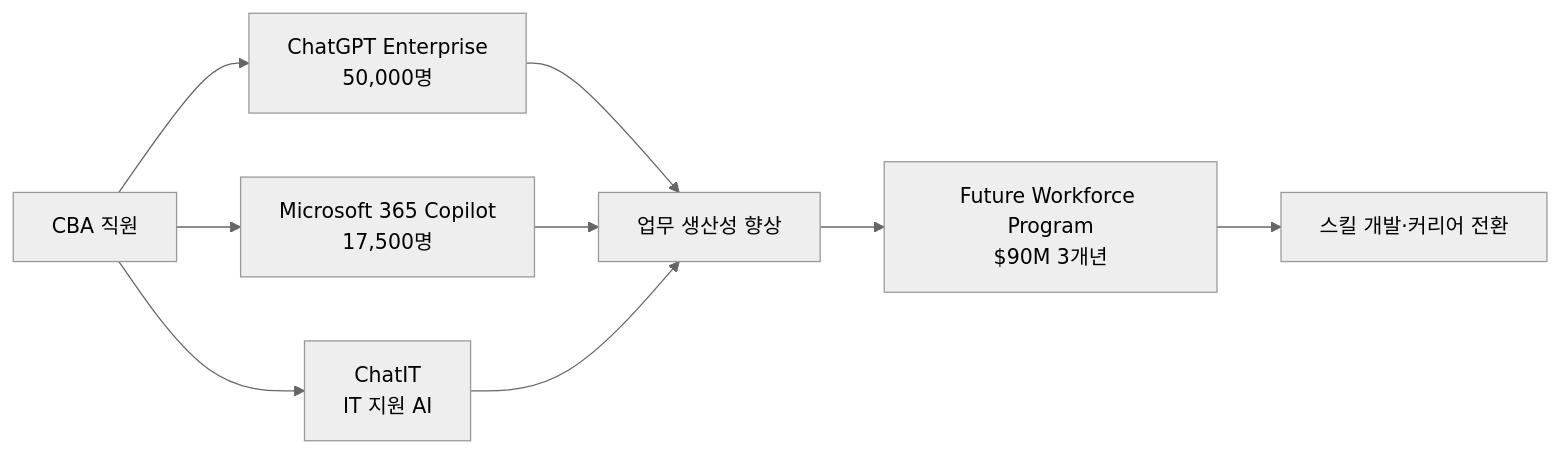
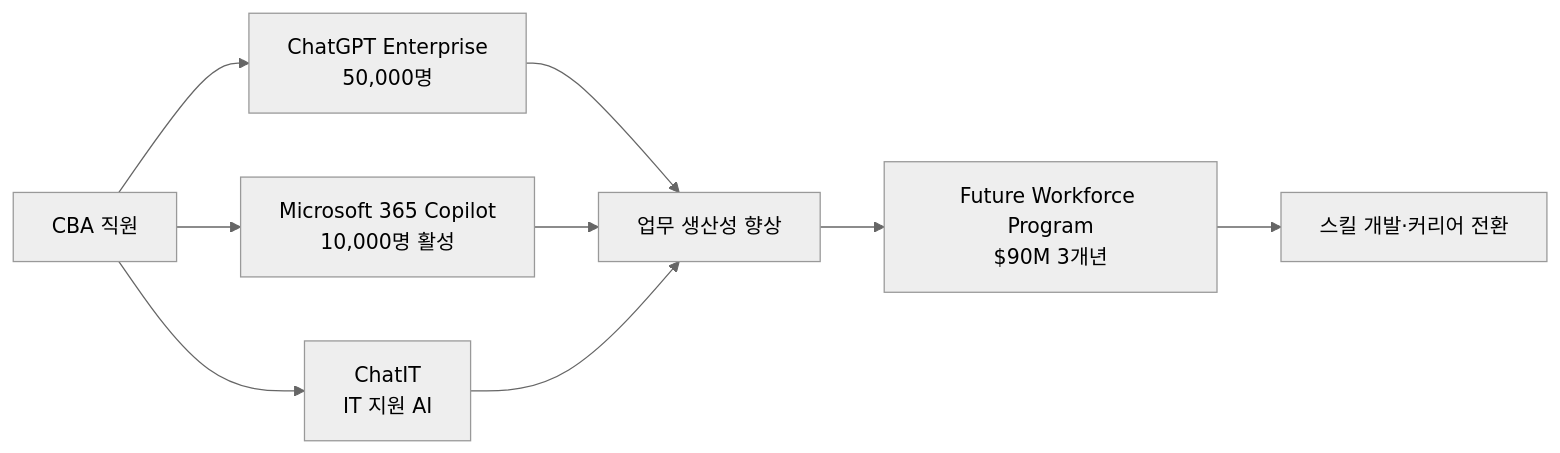
Before and after one commit to jameskim1st/hr-ai-benchmark: the diagram in wiki/enterprise-ai/commonwealth-bank-ai-workforce.md, drawn with Mermaid (neutral theme). The commit also changed other lines of this file and 222 other files, not shown here.

````diff
--- a/wiki/enterprise-ai/commonwealth-bank-ai-workforce.md
+++ b/wiki/enterprise-ai/commonwealth-bank-ai-workforce.md
@@ -68,9 +68,9 @@
 ```mermaid
 flowchart LR
     A[CBA 직원] --> B1[ChatGPT Enterprise\n50,000명]
-    A --> B2[Microsoft 365 Copilot\n17,500명]
+    A --> B2[Microsoft 365 Copilot\n10,000명 활성]
     A --> B3[ChatIT\nIT 지원 AI]
     B1 & B2 & B3 --> C[업무 생산성 향상]
     C --> D[Future Workforce Program\n$90M 3개년]
     D --> E[스킬 개발·커리어 전환]
 ```
````
